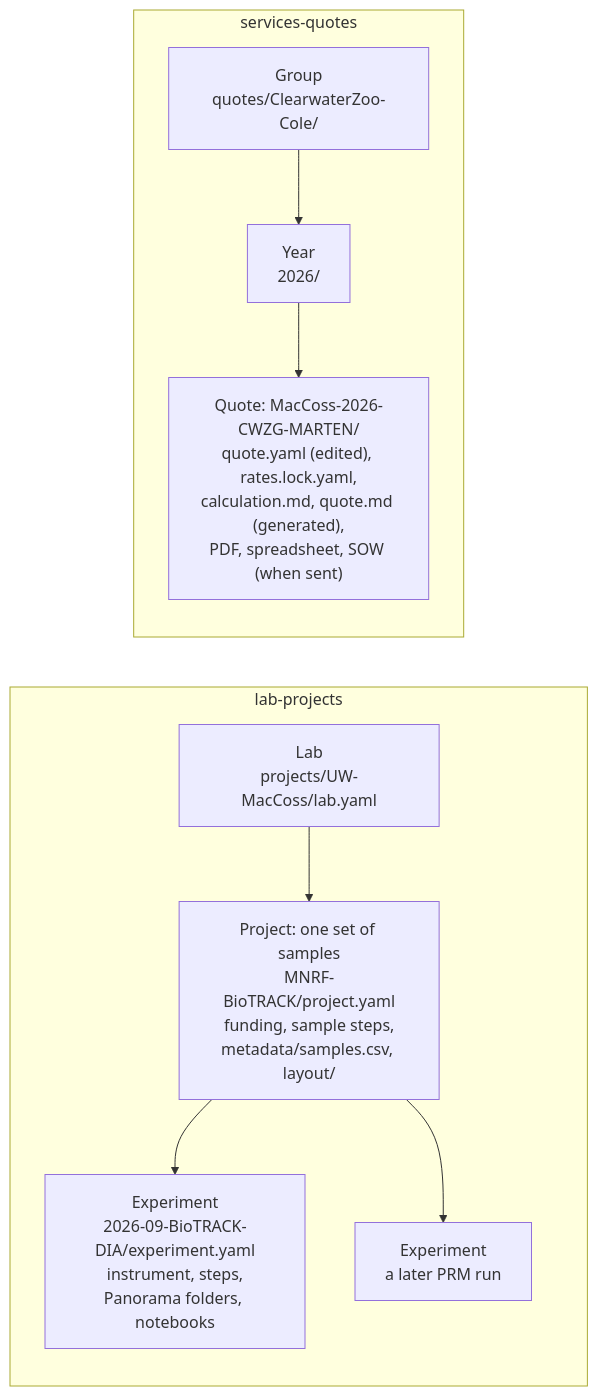
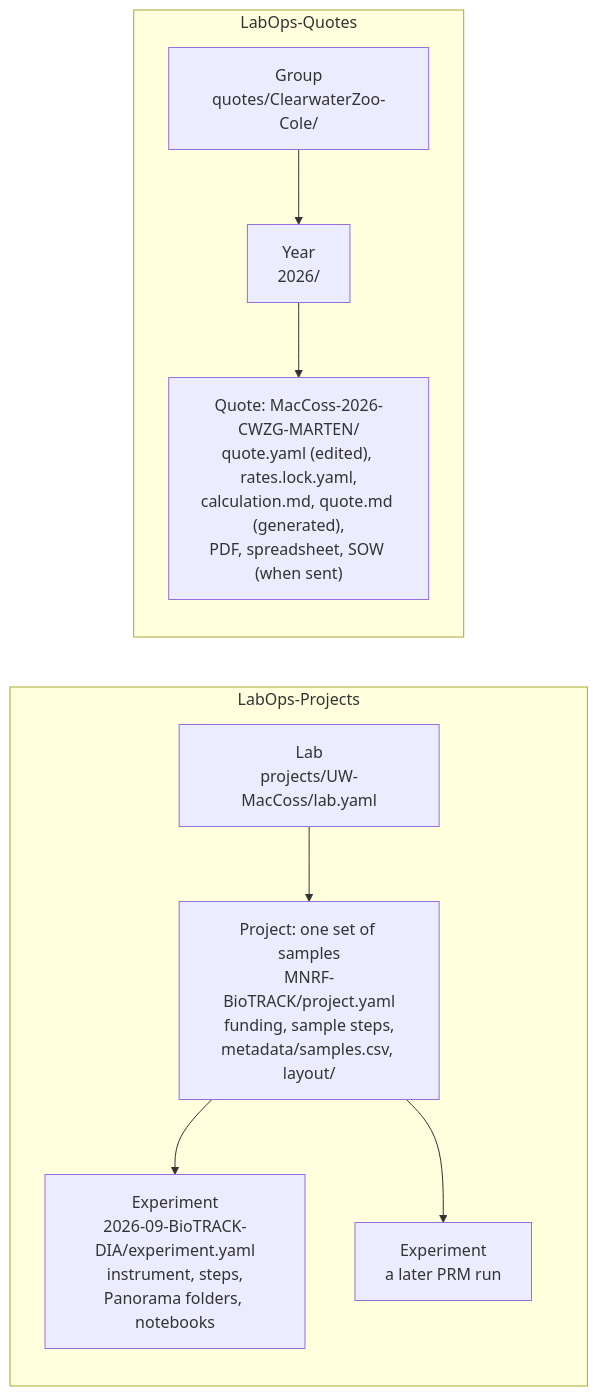
The fifth of 6 diagrams in docs/architecture.md (uw-maccosslab/LabOps), drawn with Mermaid before and after one commit. The commit also changed other lines of this file and 16 other files, not shown here.

First line of the commit message:
The repositories are LabOps-Projects and LabOps-Quotes

````diff
--- a/docs/architecture.md
+++ b/docs/architecture.md
@@ -205,19 +205,19 @@
 ```mermaid
 flowchart LR
-    subgraph labProjects["lab-projects"]
+    subgraph labProjects["LabOps-Projects"]
         lab["Lab<br/>projects/UW-MacCoss/lab.yaml"]
         project["Project: one set of samples<br/>MNRF-BioTRACK/project.yaml<br/>funding, sample steps,<br/>metadata/samples.csv, layout/"]
         dia["Experiment<br/>2026-09-BioTRACK-DIA/experiment.yaml<br/>instrument, steps,<br/>Panorama folders, notebooks"]
         prm["Experiment<br/>a later PRM run"]
         lab --> project
         project --> dia
         project --> prm
     end
 
-    subgraph servicesQuotes["services-quotes"]
+    subgraph servicesQuotes["LabOps-Quotes"]
         group["Group<br/>quotes/ClearwaterZoo-Cole/"]
         year["Year<br/>2026/"]
         quote["Quote: MacCoss-2026-CWZG-MARTEN/<br/>quote.yaml (edited), rates.lock.yaml,<br/>calculation.md, quote.md (generated),<br/>PDF, spreadsheet, SOW (when sent)"]
         group --> year --> quote
     end
 ```
````
